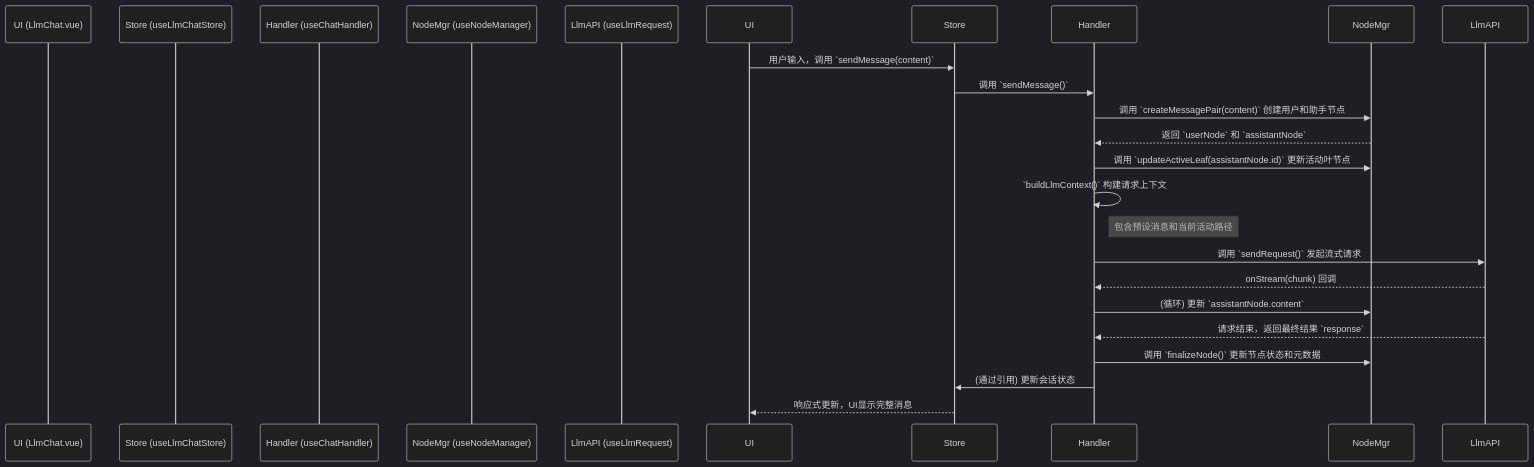
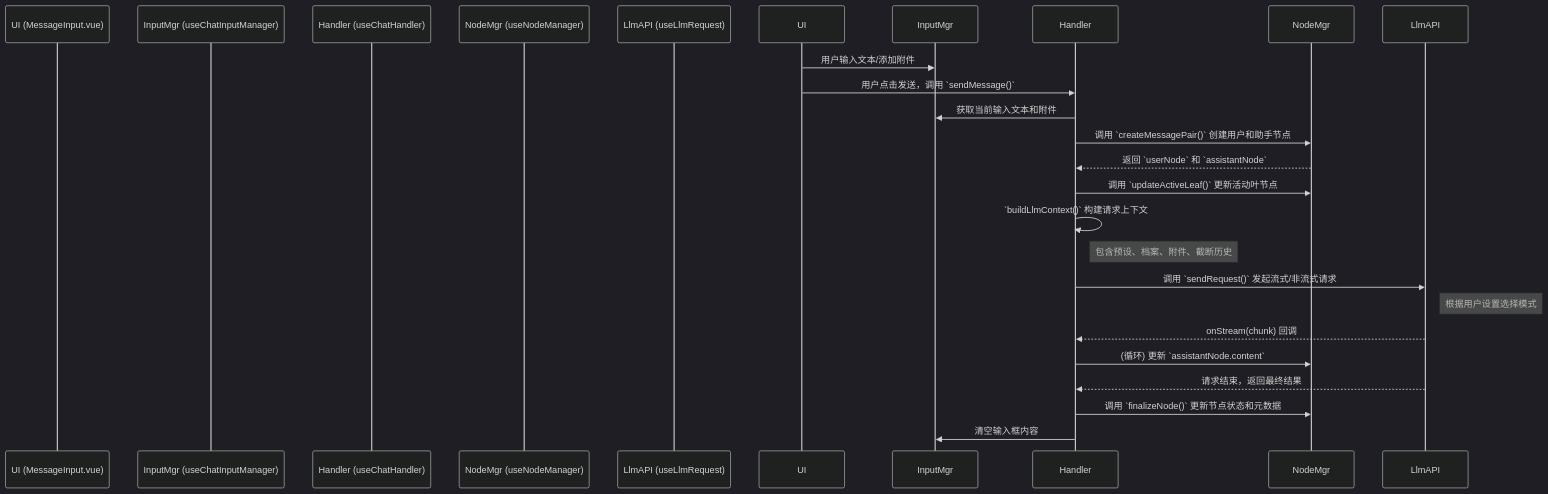
The second of 2 diagrams in src/tools/llm-chat/ARCHITECTURE.md (miaotouy/aio-hub), drawn with Mermaid (dark theme) before and after one commit. The commit also changed other lines of this file, not shown here.

First line of the commit message:
docs: 更新 LLM Chat 架构指南至 V2

````diff
--- a/src/tools/llm-chat/ARCHITECTURE.md
+++ b/src/tools/llm-chat/ARCHITECTURE.md
@@ -158,26 +164,27 @@
 ```mermaid
 sequenceDiagram
-    participant UI (LlmChat.vue)
-    participant Store (useLlmChatStore)
+    participant UI (MessageInput.vue)
+    participant InputMgr (useChatInputManager)
     participant Handler (useChatHandler)
     participant NodeMgr (useNodeManager)
     participant LlmAPI (useLlmRequest)
 
-    UI->>Store: 用户输入，调用 `sendMessage(content)`
-    Store->>Handler: 调用 `sendMessage()`
-    Handler->>NodeMgr: 调用 `createMessagePair(content)` 创建用户和助手节点
+    UI->>InputMgr: 用户输入文本/添加附件
+    UI->>Handler: 用户点击发送，调用 `sendMessage()`
+    Handler->>InputMgr: 获取当前输入文本和附件
+    Handler->>NodeMgr: 调用 `createMessagePair()` 创建用户和助手节点
     NodeMgr-->>Handler: 返回 `userNode` 和 `assistantNode`
-    Handler->>NodeMgr: 调用 `updateActiveLeaf(assistantNode.id)` 更新活动叶节点
+    Handler->>NodeMgr: 调用 `updateActiveLeaf()` 更新活动叶节点
 
     Handler->>Handler: `buildLlmContext()` 构建请求上下文
-    Note right of Handler: 包含预设消息和当前活动路径
+    Note right of Handler: 包含预设、档案、附件、截断历史
 
-    Handler->>LlmAPI: 调用 `sendRequest()` 发起流式请求
+    Handler->>LlmAPI: 调用 `sendRequest()` 发起流式/非流式请求
+    Note right of LlmAPI: 根据用户设置选择模式
     LlmAPI-->>Handler: onStream(chunk) 回调
     Handler->>NodeMgr: (循环) 更新 `assistantNode.content`
 
-    LlmAPI-->>Handler: 请求结束，返回最终结果 `response`
+    LlmAPI-->>Handler: 请求结束，返回最终结果
     Handler->>NodeMgr: 调用 `finalizeNode()` 更新节点状态和元数据
-    Handler->>Store: (通过引用) 更新会话状态
-    Store-->>UI: 响应式更新，UI显示完整消息
+    Handler->>InputMgr: 清空输入框内容
 ```
````
